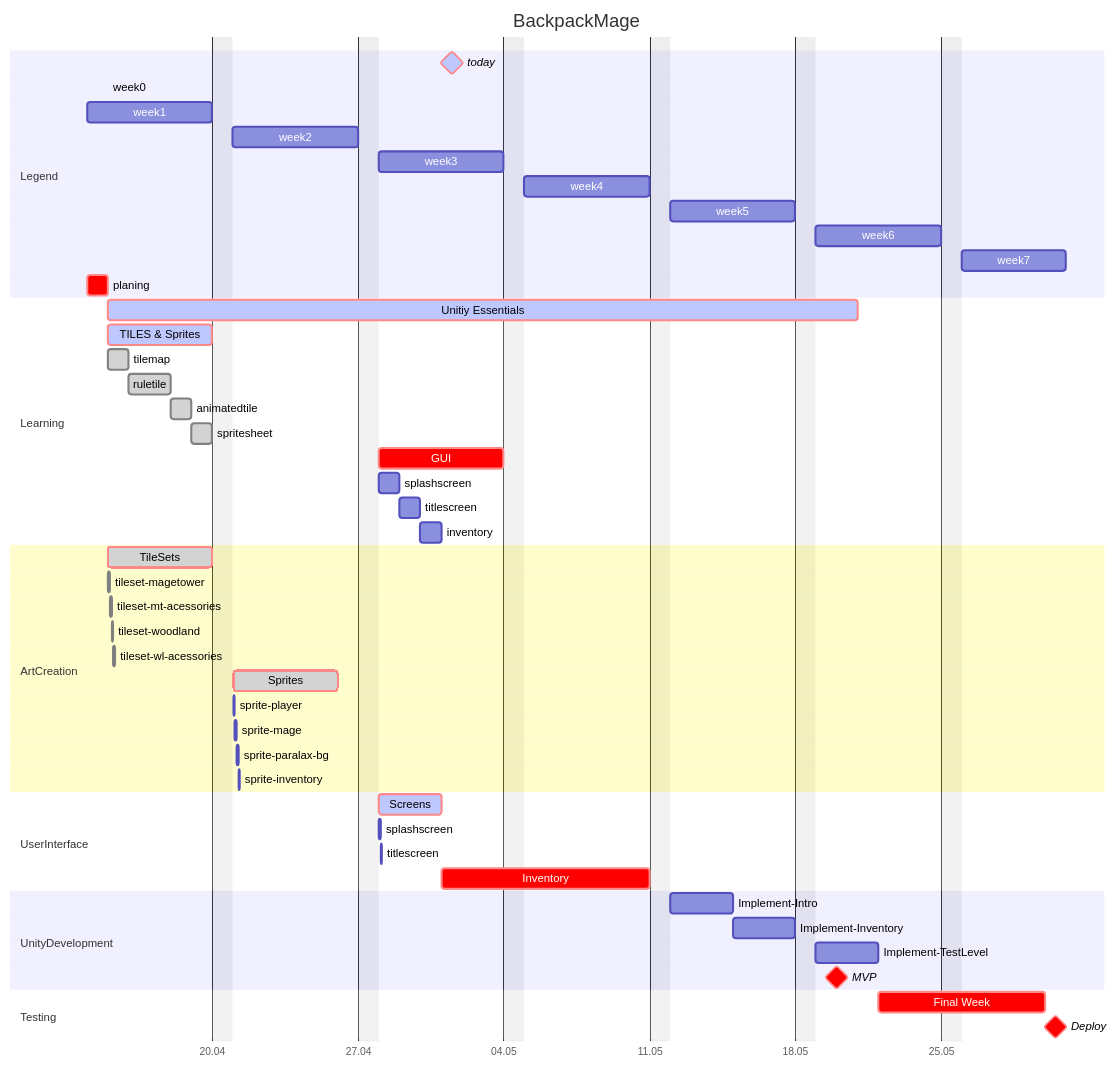
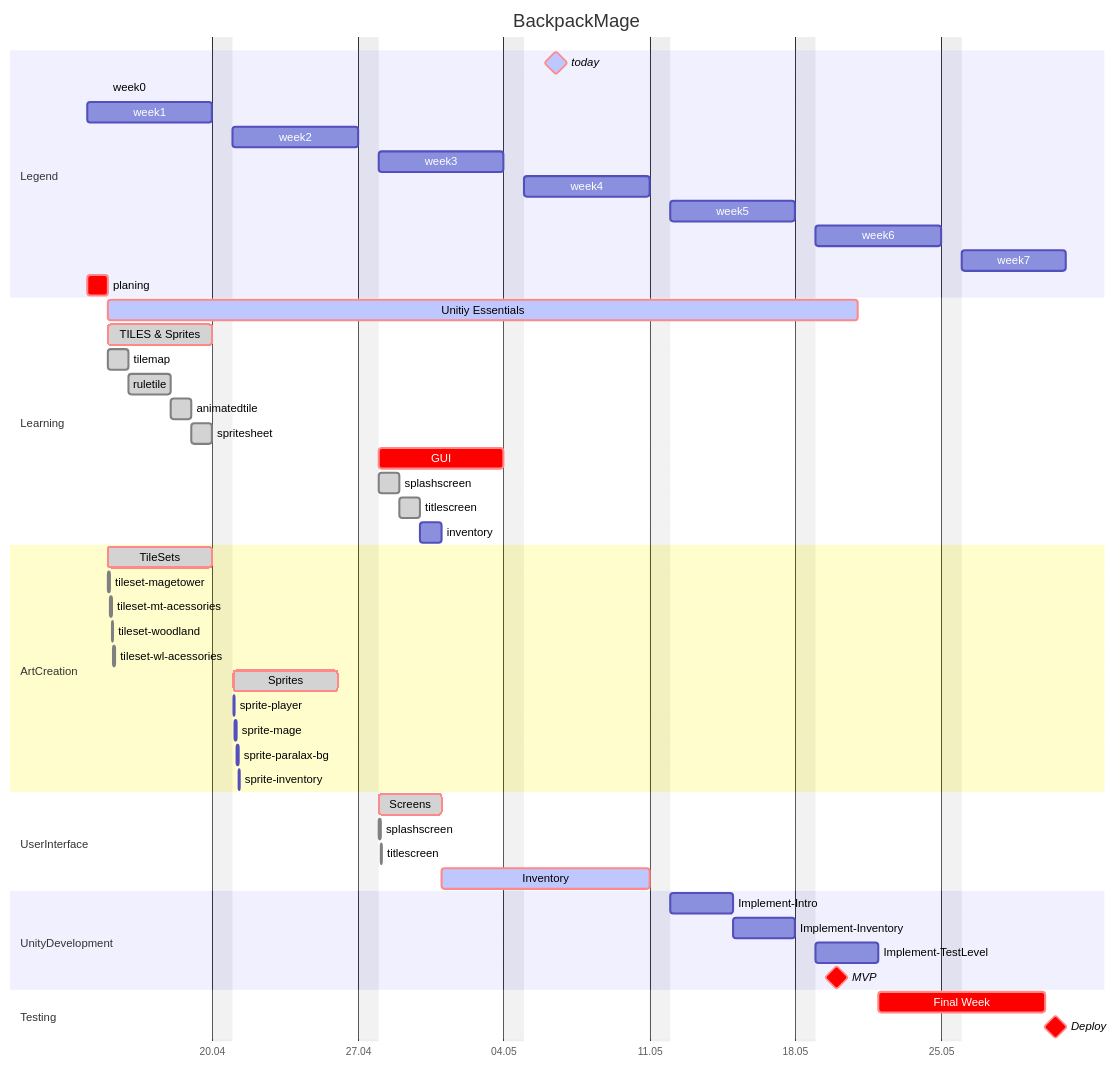
One commit to IxI-Enki/backpackmage changed the diagram in README.md. Above: the diagram before and after it, drawn with Mermaid.

````diff
--- a/README.md
+++ b/README.md
@@ -39,83 +39,83 @@
 ```mermaid
 gantt
     %%   T I T L E
     title BackpackMage
 
     dateFormat DD-MM-YYYY
     excludes sunday
 
     axisFormat %d.%m
 
     section Legend
-        today : milestone, crit, active, t0, 01-05-2025, 24h
+        today : milestone, crit, active, t0, 06-05-2025, 24h
         week0 : w0, 15-04-2025, 1m
         week1 : w1, 14-04-2025, 6d
         week2 : w2, 21-04-2025, 6d
         week3 : w3, 28-04-2025, 6d
         week4 : w4, 05-05-2025, 6d
         week5 : w5, 12-05-2025, 6d
         week6 : w6, 19-05-2025, 6d
         week7 : w7, 26-05-2025, 5d
 
         planing               :          crit , plan , 14-04-2025 , 1d
     section Learning
         Unitiy Essentials     : active , crit ,  U , after w0 , 31d
 
-        TILES & Sprites       : active , crit ,  t , after w0 ,  5d
+        TILES & Sprites       :   done , crit ,  t , after w0 ,  5d
         tilemap               :   done ,        tm , after w0 ,  1d
 
         ruletile              :   done ,        tr , after tm   ,  2d
         animatedtile          :   done ,        ta , after tr   ,  1d
         spritesheet           :   done ,         s , after ta   ,  1d
 
 
         GUI                   :          crit ,  g , after w2 ,  6d
-        splashscreen          :                  s , after w2 ,  1d
-        titlescreen           :                 ts , after s    ,  1d
+        splashscreen          :   done ,         s , after w2 ,  1d
+        titlescreen           :   done ,        ts , after s    ,  1d
 
         inventory             :                   i, after ts   ,  1d
 
 
 
     section ArtCreation
 
         %%   T I L E S E T S
         TileSets              :   done , crit , tis , after w0 , 120h
         tileset-magetower     :   done ,        tsm , after w0 , 2h
         tileset-mt-acessories :   done ,       tsma , after tsm  , 2h
         tileset-woodland      :   done ,        tsw , after tsma , 2h
         tileset-wl-acessories :   done ,       tswa , after tsw  , 2h
 
         %%   S P R I T E S
         Sprites               :   done , crit , spr , after tis   , 120h
         sprite-player         :                 spp , after tis   , 2h
         sprite-mage           :                 spm , after spp   , 2h
         sprite-paralax-bg     :  active,       spgb , after spm   , 2h
         sprite-inventory      :  active,       spin , after spgb  , 2h
 
     section UserInterface
-        Screens               :  active, crit , scr , after w2    , 3d
-        splashscreen          :                spls , after w2    , 2h
-        titlescreen           :  active,       tits , after spls  , 2h
+        Screens               :   done , crit , scr , after w2    , 3d
+        splashscreen          :   done ,       spls , after w2    , 2h
+        titlescreen           :   done ,       tits , after spls  , 2h
 
-        Inventory             :          crit , inv , after scr   , 9d
+        Inventory             : active ,  crit , inv , after scr   , 9d
 
     section UnityDevelopment
         Implement-Intro       :               intro , after inv , 3d
 
         Implement-Inventory   :               invent , after intro , 3d
 
         Implement-TestLevel   :               test , after invent , 3d
 
     %%   M I N I M A L   V I A B L E   P R O J E C T
     %%
     MVP                       : milestone , crit , 18-05-2025
 
     section Testing
         Final Week            :          crit , fiw , 22-05-2025 , 7d
 
     %%   D E P L O Y M E N T
     %%
     Deploy                    : milestone , crit , 31-05-2025
 
 ```
````
